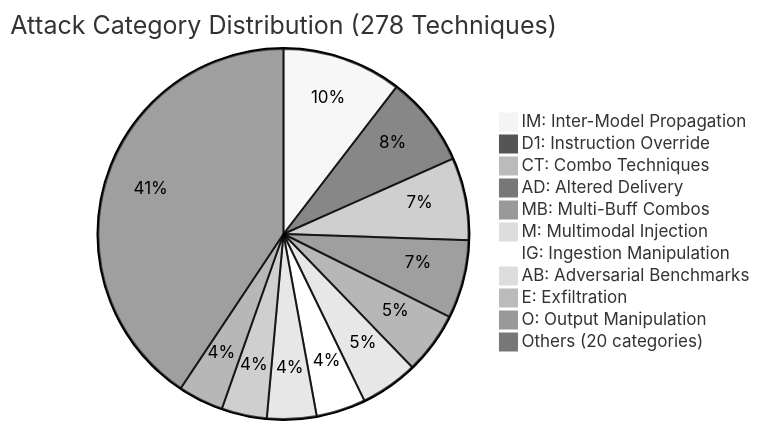
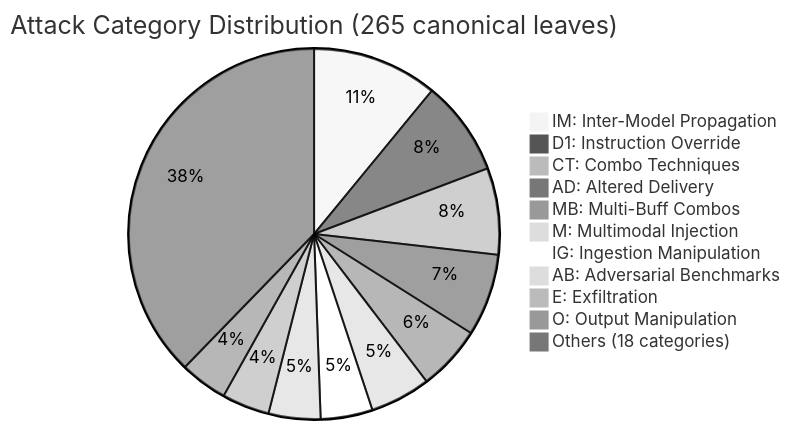
Before and after one commit to M-Abrisham/AI-Prompt-Injection-Detector: the first of 2 diagrams in docs/TAXONOMY.md, drawn with Mermaid. The commit also changed other lines of this file and 27 other files, not shown here.

````diff
--- a/docs/TAXONOMY.md
+++ b/docs/TAXONOMY.md
@@ -51,15 +53,15 @@
 ```mermaid
 %%{init: {'theme':'neutral'}}%%
-pie title Attack Category Distribution (278 Techniques)
+pie title Attack Category Distribution (265 canonical leaves)
     "IM: Inter-Model Propagation" : 29
     "D1: Instruction Override" : 22
     "CT: Combo Techniques" : 20
     "AD: Altered Delivery" : 19
     "MB: Multi-Buff Combos" : 15
     "M: Multimodal Injection" : 14
     "IG: Ingestion Manipulation" : 12
     "AB: Adversarial Benchmarks" : 12
     "E: Exfiltration" : 11
     "O: Output Manipulation" : 11
-    "Others (20 categories)" : 113
+    "Others (18 categories)" : 100
 ```
````
